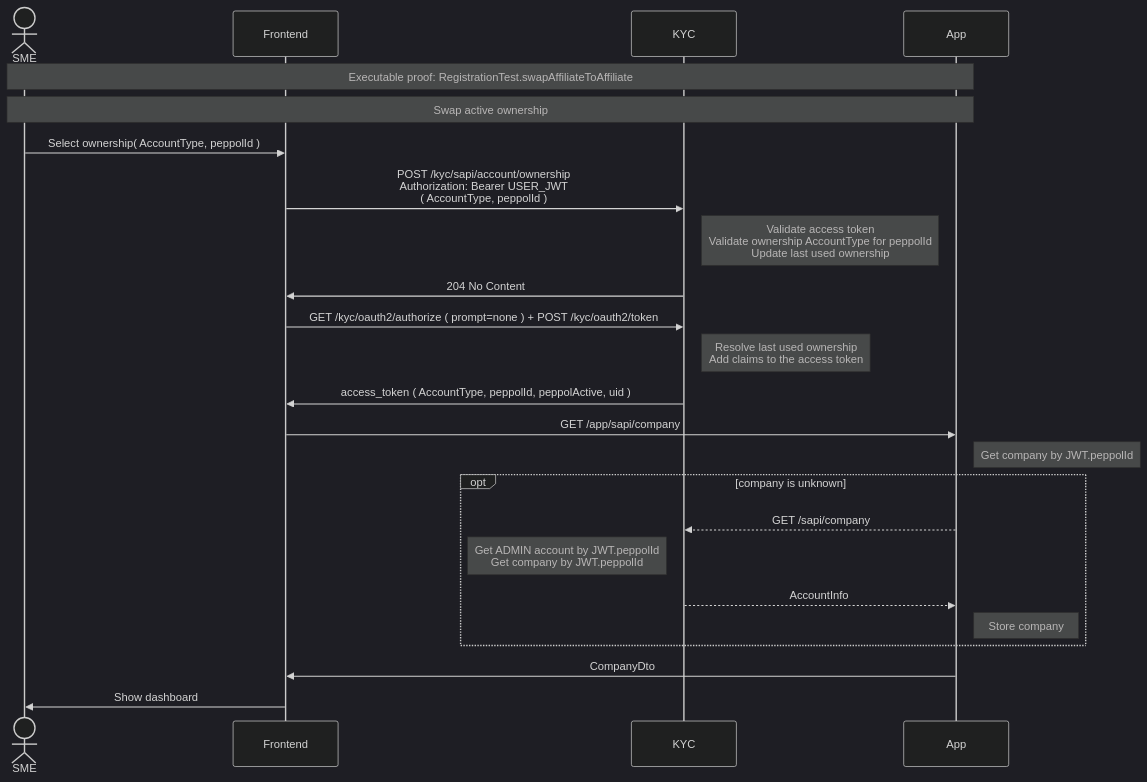
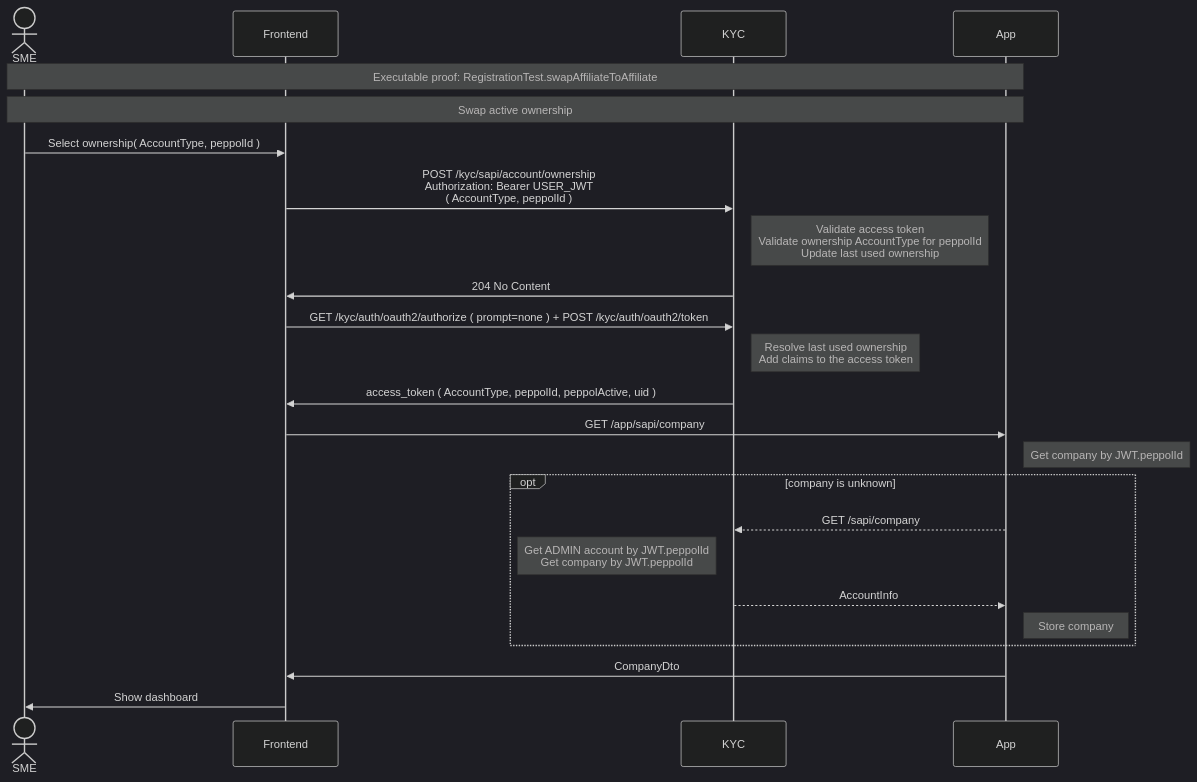
The diagram in readme/swap.md (letspeppol/letspeppol), drawn with Mermaid (dark theme) before and after one commit. The commit also changed 32 other files, not shown here.

````diff
--- a/readme/swap.md
+++ b/readme/swap.md
@@ -12,28 +12,28 @@
 ```mermaid
 sequenceDiagram
     actor SME as SME
     participant Frontend as Frontend
     participant KYC as KYC
     participant App as App
 
     Note over SME, App: Executable proof: RegistrationTest.swapAffiliateToAffiliate
 
 Note over SME, App: Swap active ownership
     SME ->> Frontend: Select ownership( AccountType, peppolId )
     Frontend ->> KYC: POST /kyc/sapi/account/ownership <br> Authorization: Bearer USER_JWT <br> ( AccountType, peppolId )
     Note right of KYC: Validate access token <br> Validate ownership AccountType for peppolId <br> Update last used ownership
     KYC ->> Frontend: 204 No Content
-    Frontend ->> KYC: GET /kyc/oauth2/authorize ( prompt=none ) + POST /kyc/oauth2/token
+    Frontend ->> KYC: GET /kyc/auth/oauth2/authorize ( prompt=none ) + POST /kyc/auth/oauth2/token
     Note right of KYC: Resolve last used ownership <br> Add claims to the access token
     KYC ->> Frontend: access_token ( AccountType, peppolId, peppolActive, uid )
     Frontend ->> App: GET /app/sapi/company
     Note right of App: Get company by JWT.peppolId
     opt company is unknown
         App -->> KYC: GET /sapi/company
         Note left of KYC: Get ADMIN account by JWT.peppolId <br> Get company by JWT.peppolId
         KYC -->> App: AccountInfo
         Note right of App: Store company
     end
     App ->> Frontend: CompanyDto
     Frontend ->> SME: Show dashboard
 ```
````
